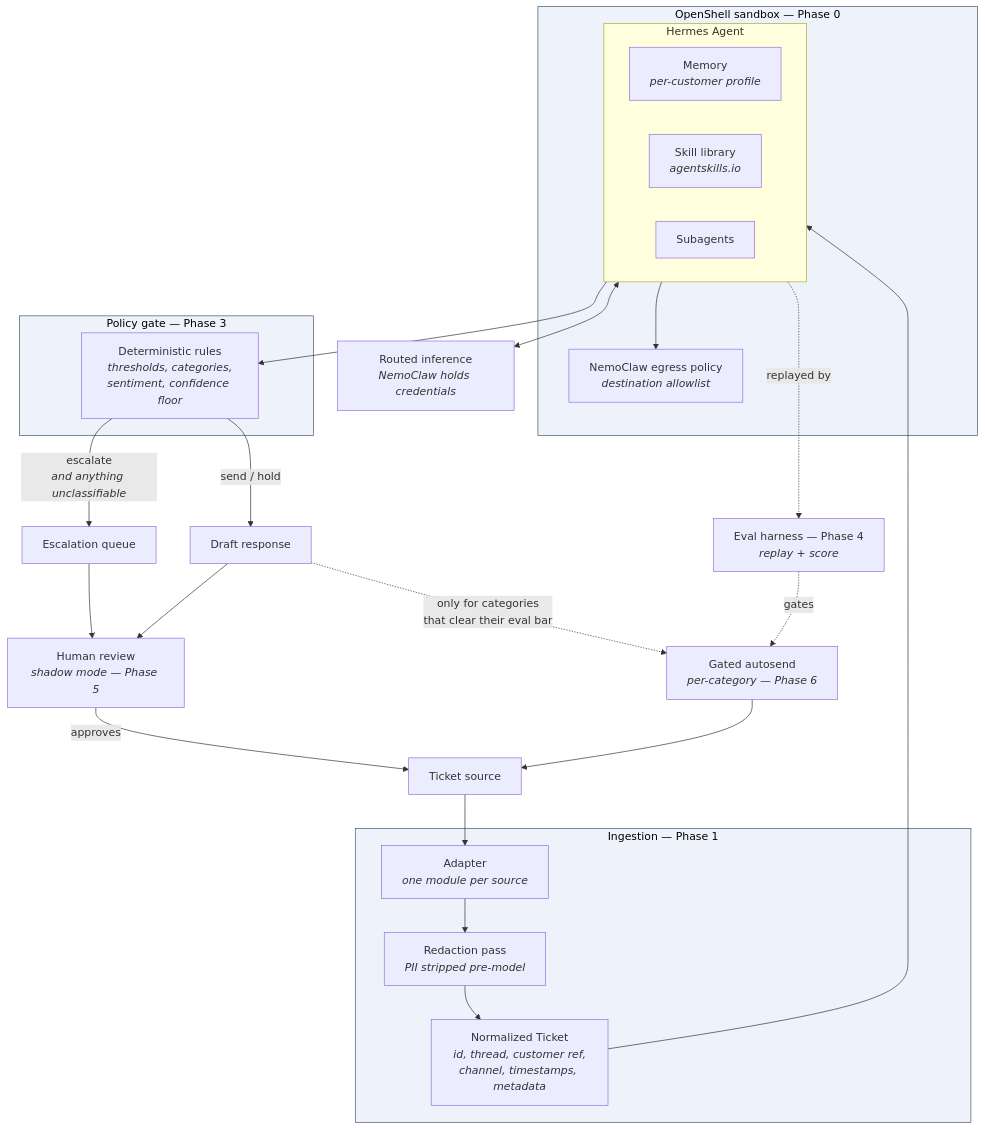
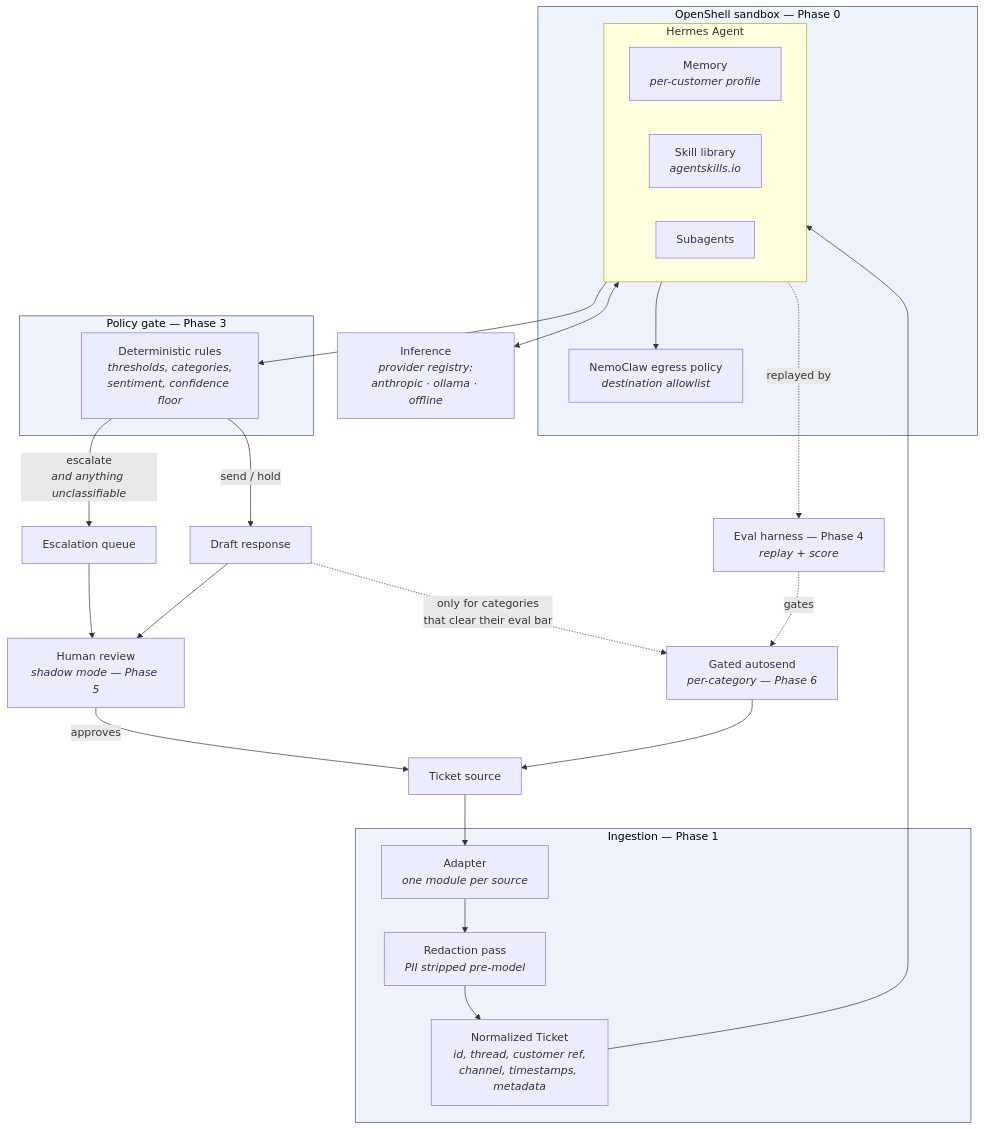
Before and after one commit to Doondi-Ashlesh/Hermes_Agent: the second of 8 diagrams in docs/ARCHITECTURE.md, drawn with Mermaid. The commit also changed other lines of this file and 6 other files, not shown here.

````diff
--- a/docs/ARCHITECTURE.md
+++ b/docs/ARCHITECTURE.md
@@ -50,49 +53,49 @@
 ```mermaid
 flowchart TB
     src["Ticket source"]
 
     subgraph ingest["Ingestion — Phase 1"]
         adapter["Adapter<br/><i>one module per source</i>"]
         redact["Redaction pass<br/><i>PII stripped pre-model</i>"]
         ticket["Normalized Ticket<br/><i>id, thread, customer ref,<br/>channel, timestamps, metadata</i>"]
         adapter --> redact --> ticket
     end
 
     subgraph sandbox["OpenShell sandbox — Phase 0"]
         subgraph hermes["Hermes Agent"]
             memory["Memory<br/><i>per-customer profile</i>"]
             skills["Skill library<br/><i>agentskills.io</i>"]
             sub["Subagents"]
         end
         egress["NemoClaw egress policy<br/><i>destination allowlist</i>"]
     end
 
     subgraph gate["Policy gate — Phase 3"]
         rules["Deterministic rules<br/><i>thresholds, categories,<br/>sentiment, confidence floor</i>"]
     end
 
-    infer["Routed inference<br/><i>NemoClaw holds credentials</i>"]
+    infer["Inference<br/><i>provider registry:<br/>anthropic · ollama · offline</i>"]
     draft["Draft response"]
     queue["Escalation queue"]
     human["Human review<br/><i>shadow mode — Phase 5</i>"]
     autosend["Gated autosend<br/><i>per-category — Phase 6</i>"]
     evals["Eval harness — Phase 4<br/><i>replay + score</i>"]
 
     src --> adapter
     ticket --> hermes
     hermes <--> infer
     hermes --> egress
     hermes --> rules
     rules -->|send / hold| draft
     rules -->|"escalate<br/><i>and anything unclassifiable</i>"| queue
     queue --> human
     draft --> human
     human -->|approves| src
     draft -.->|"only for categories<br/>that clear their eval bar"| autosend
     autosend --> src
     evals -.->|gates| autosend
     hermes -.->|replayed by| evals
 
     classDef phase fill:#eef3fb,stroke:#456,color:#000
     class ingest,sandbox,gate phase
 ```
````
